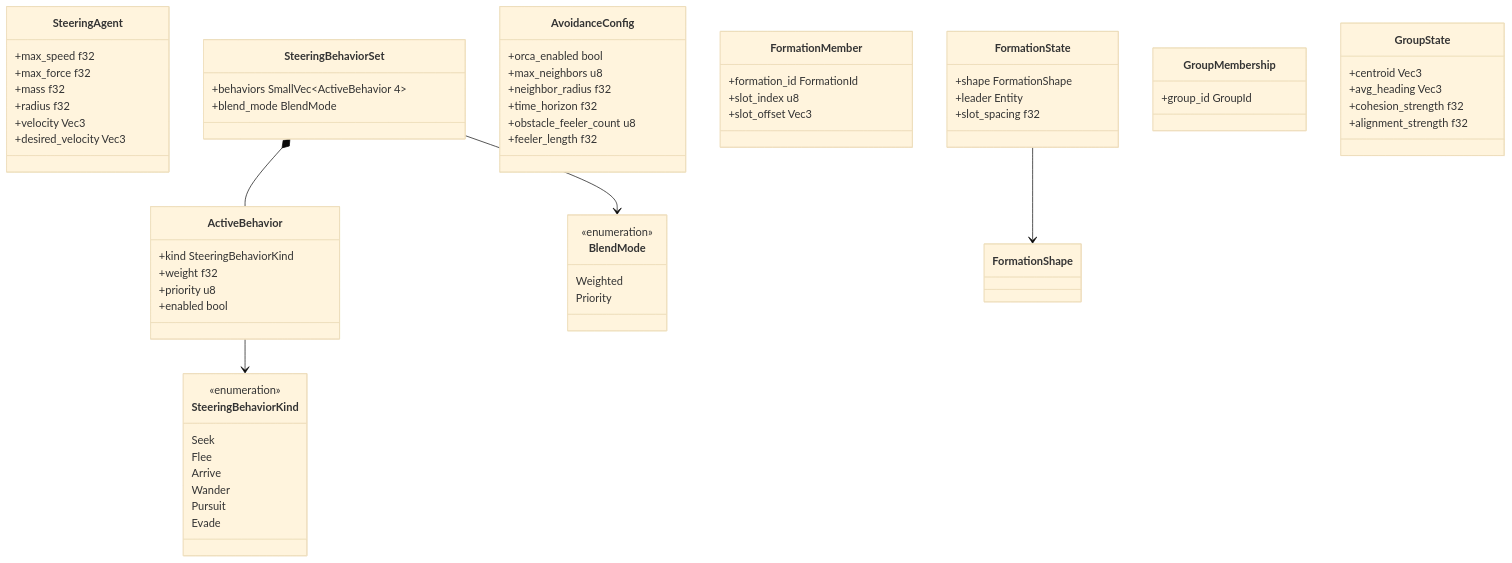
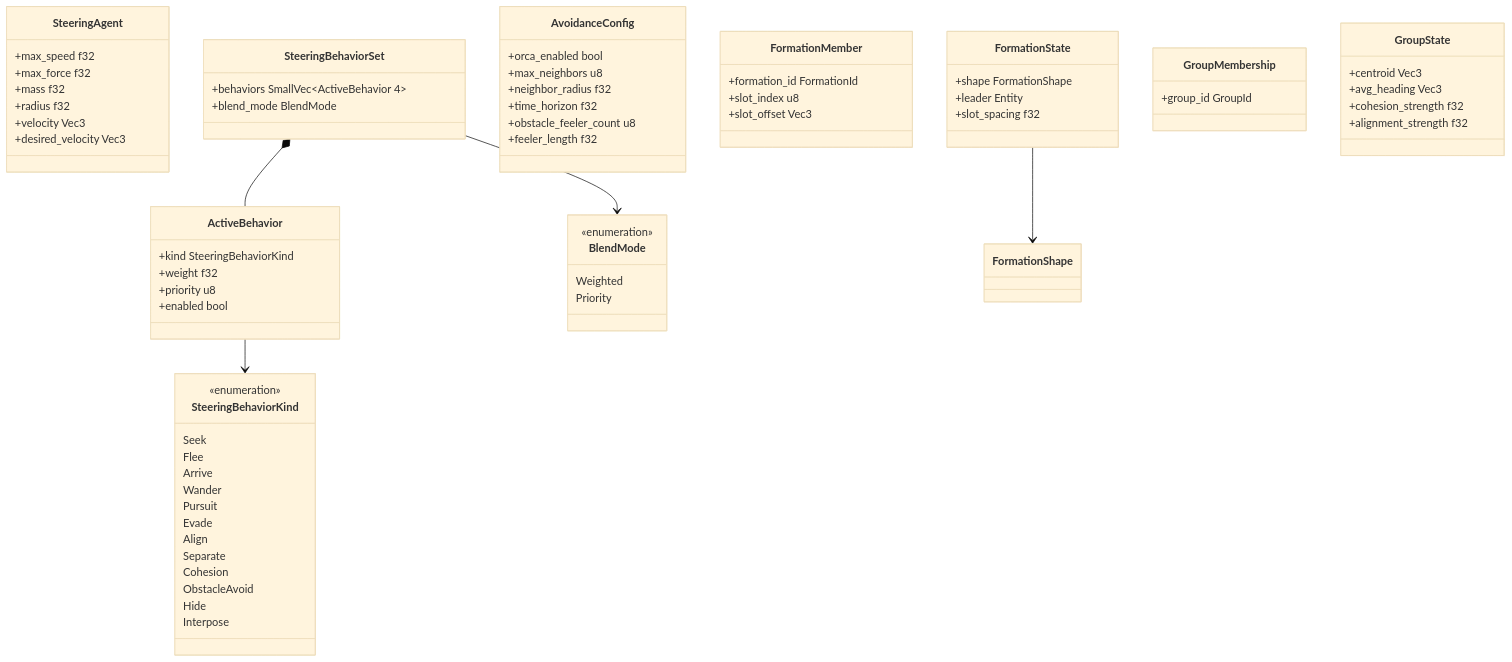
One commit to harmonius-dev/harmonius changed the fifth of 7 diagrams in docs/design/ai/steering-crowds.md. Above: the diagram before and after it, drawn with Mermaid (base theme). The commit also changed other lines of this file and 143 other files, not shown here.

````diff
--- a/docs/design/ai/steering-crowds.md
+++ b/docs/design/ai/steering-crowds.md
@@ -273,76 +274,82 @@
 ```mermaid
 classDiagram
     class SteeringAgent {
         +max_speed f32
         +max_force f32
         +mass f32
         +radius f32
         +velocity Vec3
         +desired_velocity Vec3
     }
 
     class SteeringBehaviorSet {
         +behaviors SmallVec~ActiveBehavior 4~
         +blend_mode BlendMode
     }
 
     class ActiveBehavior {
         +kind SteeringBehaviorKind
         +weight f32
         +priority u8
         +enabled bool
     }
 
     class SteeringBehaviorKind {
         <<enumeration>>
         Seek
         Flee
         Arrive
         Wander
         Pursuit
         Evade
+        Align
+        Separate
+        Cohesion
+        ObstacleAvoid
+        Hide
+        Interpose
     }
 
     class BlendMode {
         <<enumeration>>
         Weighted
         Priority
     }
 
     class AvoidanceConfig {
         +orca_enabled bool
         +max_neighbors u8
         +neighbor_radius f32
         +time_horizon f32
         +obstacle_feeler_count u8
         +feeler_length f32
     }
 
     class FormationMember {
         +formation_id FormationId
         +slot_index u8
         +slot_offset Vec3
     }
 
     class FormationState {
         +shape FormationShape
         +leader Entity
         +slot_spacing f32
     }
 
     class GroupMembership {
         +group_id GroupId
     }
 
     class GroupState {
         +centroid Vec3
         +avg_heading Vec3
         +cohesion_strength f32
         +alignment_strength f32
     }
 
     SteeringBehaviorSet *-- ActiveBehavior
     ActiveBehavior --> SteeringBehaviorKind
     SteeringBehaviorSet --> BlendMode
     FormationState --> FormationShape
 ```
````
